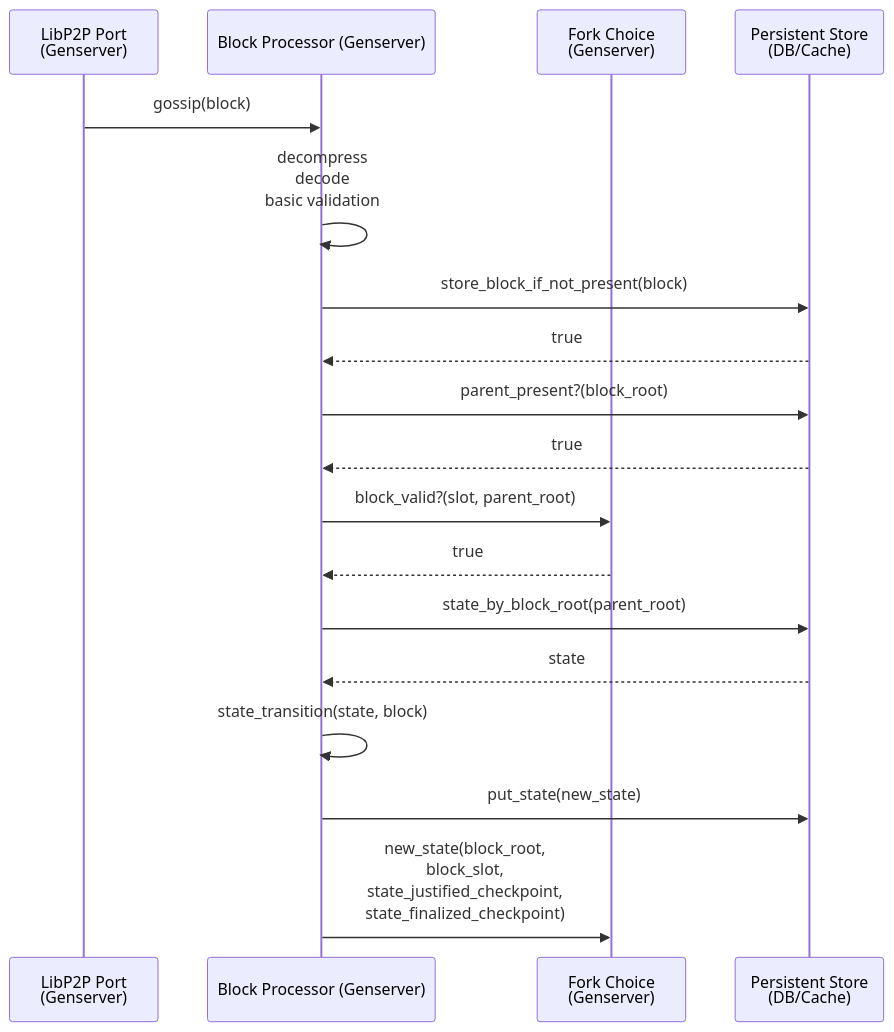
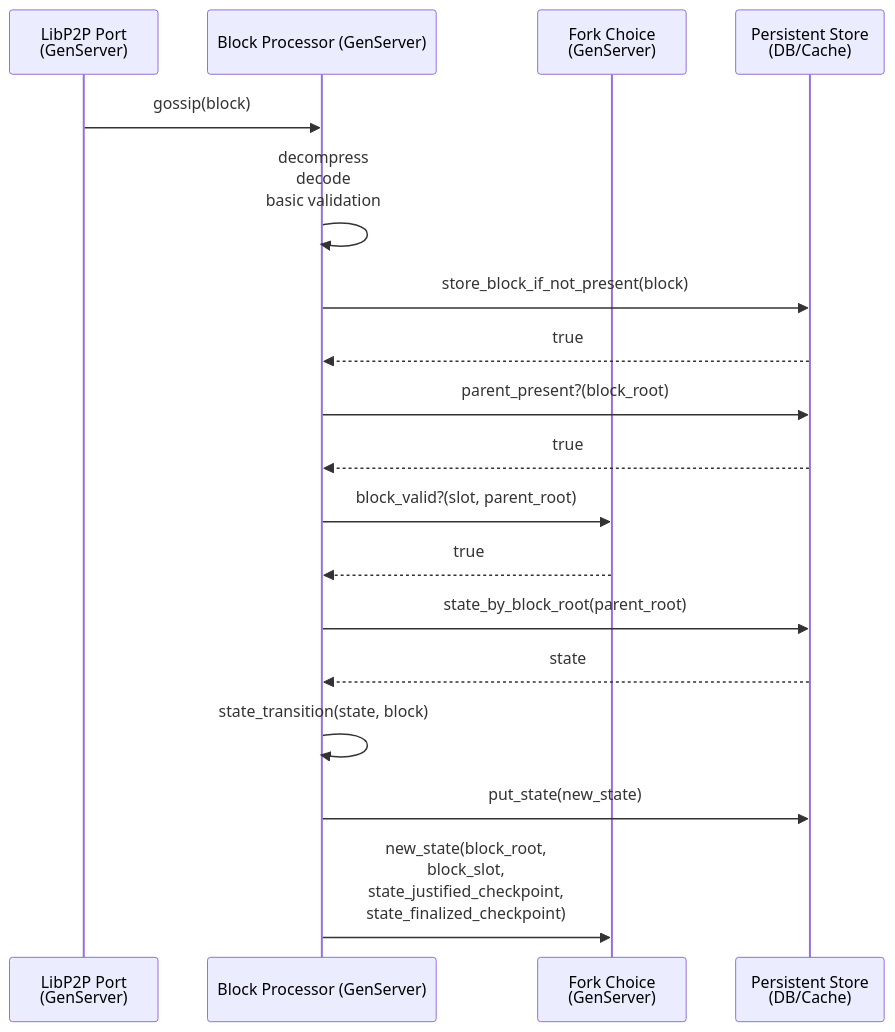
Before and after one commit to lambdaclass/lambda_ethereum_consensus: the fourth of 5 diagrams in docs/concurrency_design.md, drawn with Mermaid. The commit also changed other lines of this file, not shown here.

Commit message:
Refine per-block-process-design

````diff
--- a/docs/concurrency_design.md
+++ b/docs/concurrency_design.md
@@ -157,22 +157,22 @@
 ```mermaid
 sequenceDiagram
 
-participant port as LibP2P Port <br> (Genserver)
-participant bp as Block Processor (Genserver)
-participant store as Fork Choice <br> (Genserver)
+participant port as LibP2P Port <br> (GenServer)
+participant bp as Block Processor (GenServer)
+participant store as Fork Choice <br> (GenServer)
 participant db as Persistent Store <br> (DB/Cache)
 
 port ->> bp: gossip(block)
 bp ->> bp: decompress <br> decode <br> basic validation
 bp ->> db: store_block_if_not_present(block)
 db -->> bp: true
 bp ->> db: parent_present?(block_root)
 db -->> bp: true
 bp ->> store: block_valid?(slot, parent_root)
 store -->> bp: true
 bp ->> db: state_by_block_root(parent_root)
 db -->> bp: state
 bp ->> bp: state_transition(state, block)
 bp ->> db: put_state(new_state)
 bp ->> store: new_state(block_root,<br> block_slot,<br>state_justified_checkpoint,<br>state_finalized_checkpoint)
 ```
````
